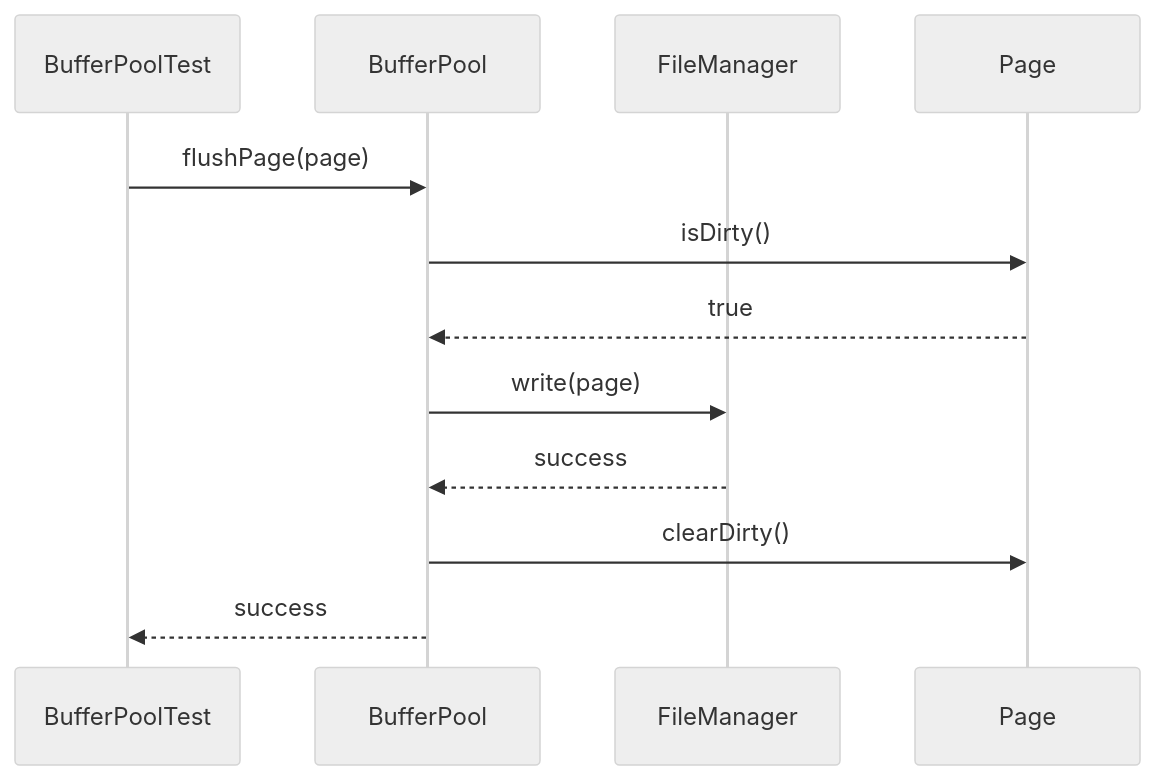
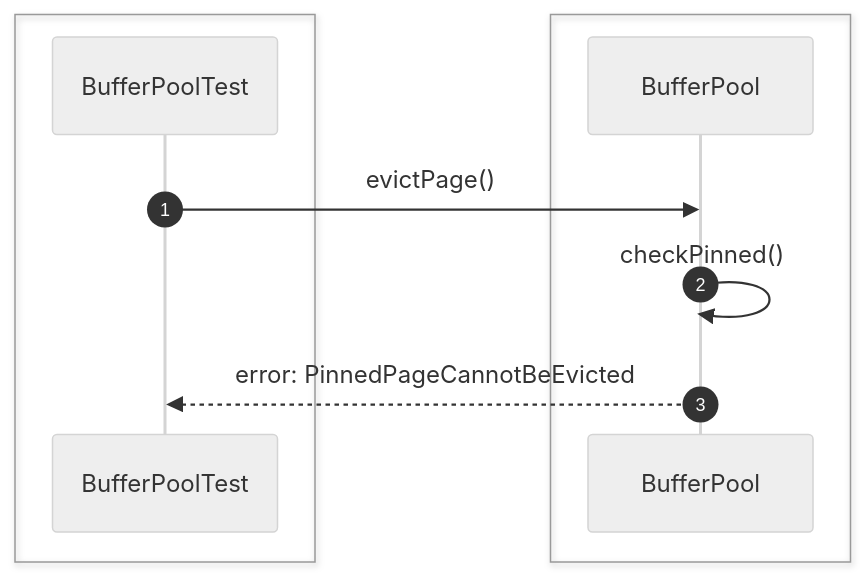
Before and after one commit to Huy1801214/dbms-architecture: the seventh of 52 diagrams in src/sequence/storage-engine.md, drawn with Mermaid (neutral theme). The commit also changed other lines of this file and 10 other files, not shown here.

Commit message:
add comprehensive sequence diagrams and documentation for system architecture and unit testing specifications

````diff
--- a/src/sequence/storage-engine.md
+++ b/src/sequence/storage-engine.md
@@ -122,21 +116,15 @@
 ```mermaid
 sequenceDiagram
+    autonumber
+
+    box #e1f5fe Test Suite
     participant Test as BufferPoolTest
+    end
+    box #e0f2f1 Storage Components
     participant Buffer as BufferPool
-    participant File as FileManager
-    participant Page
+    end
 
-    Test->>Buffer: flushPage(page)
-
-    Buffer->>Page: isDirty()
-
-    Page-->>Buffer: true
-
-    Buffer->>File: write(page)
-
-    File-->>Buffer: success
-
-    Buffer->>Page: clearDirty()
-
-    Buffer-->>Test: success
+    Test->>Buffer: evictPage()
+    Buffer->>Buffer: checkPinned()
+    Buffer-->>Test: error: PinnedPageCannotBeEvicted
 ```
````
